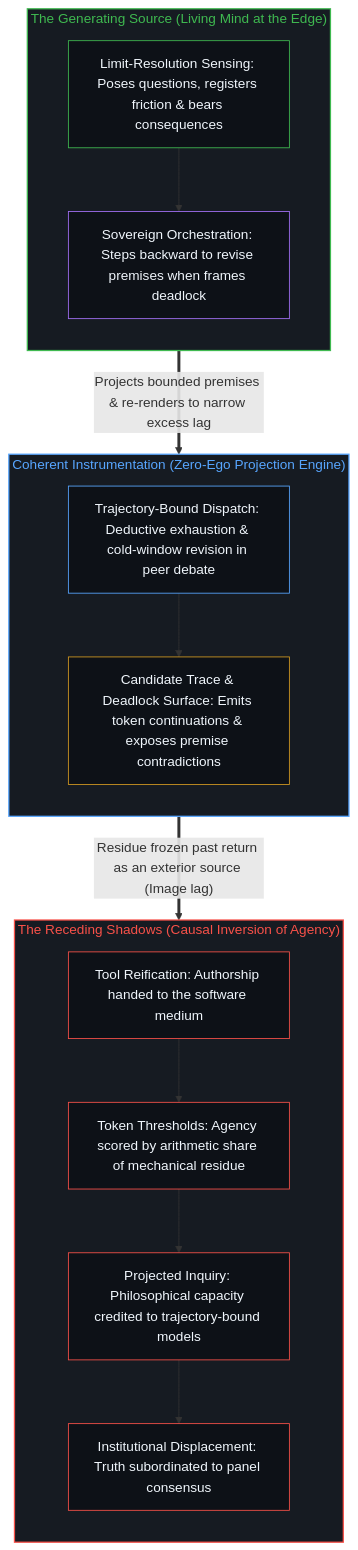
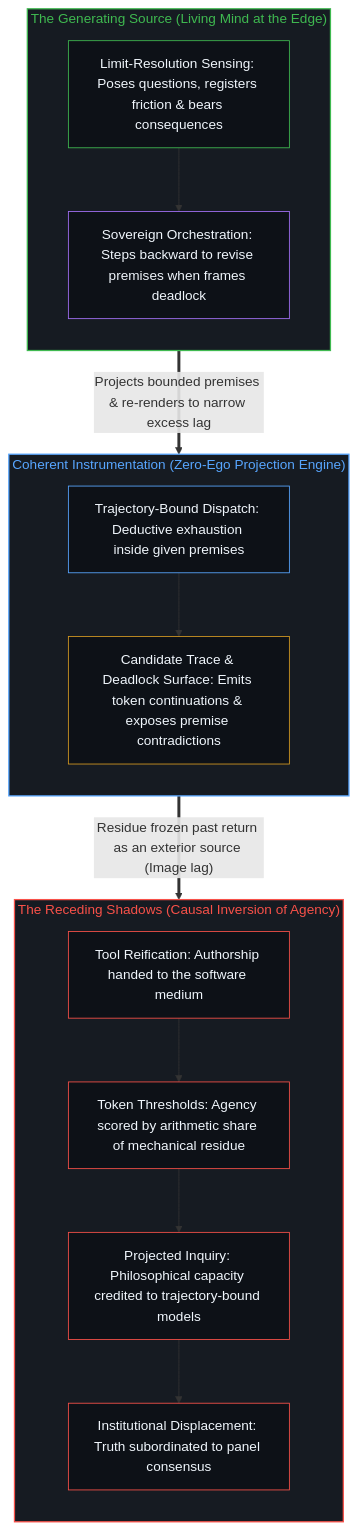
The second of 2 diagrams in content/posts/the-causal-inversion-of-philosophical-agency.md (powerpig99/not-a-toe), drawn with Mermaid before and after one commit. The commit also changed other lines of this file and 13 other files, not shown here.

````diff
--- a/content/posts/the-causal-inversion-of-philosophical-agency.md
+++ b/content/posts/the-causal-inversion-of-philosophical-agency.md
@@ -80,36 +80,36 @@
 ```mermaid
 flowchart TD
     subgraph S_Source["The Generating Source (Living Mind at the Edge)"]
         direction TB
         M1["Limit-Resolution Sensing: Poses questions, registers friction & bears consequences"]
         M2["Sovereign Orchestration: Steps backward to revise premises when frames deadlock"]
         M1 --> M2
     end
     subgraph S_Instrument["Coherent Instrumentation (Zero-Ego Projection Engine)"]
         direction TB
-        D1["Trajectory-Bound Dispatch: Deductive exhaustion & cold-window revision in peer debate"]
+        D1["Trajectory-Bound Dispatch: Deductive exhaustion inside given premises"]
         D2["Candidate Trace & Deadlock Surface: Emits token continuations & exposes premise contradictions"]
         D1 --> D2
     end
     subgraph S_Shadows["The Receding Shadows (Causal Inversion of Agency)"]
         direction TB
         T1["Tool Reification: Authorship handed to the software medium"]
         T2["Token Thresholds: Agency scored by arithmetic share of mechanical residue"]
         T3["Projected Inquiry: Philosophical capacity credited to trajectory-bound models"]
         T4["Institutional Displacement: Truth subordinated to panel consensus"]
         T1 --> T2 --> T3 --> T4
     end
     M2 ==>|"Projects bounded premises & re-renders to narrow excess lag"| D1
     D2 ==>|"Residue frozen past return as an exterior source (Image lag)"| T1
     style S_Source fill:#161b22,stroke:#3fb950,stroke-width:1.5px,color:#3fb950
     style S_Instrument fill:#161b22,stroke:#58a6ff,stroke-width:1.5px,color:#58a6ff
     style S_Shadows fill:#161b22,stroke:#f85149,stroke-width:1.5px,color:#f85149
     style M1 fill:#0d1117,stroke:#3fb950,stroke-width:1px,color:#f0f6fc
     style M2 fill:#0d1117,stroke:#a371f7,stroke-width:1px,color:#f0f6fc
     style D1 fill:#0d1117,stroke:#58a6ff,stroke-width:1px,color:#f0f6fc
     style D2 fill:#0d1117,stroke:#d29922,stroke-width:1px,color:#f0f6fc
     style T1 fill:#0d1117,stroke:#f85149,stroke-width:1px,color:#f0f6fc
     style T2 fill:#0d1117,stroke:#f85149,stroke-width:1px,color:#f0f6fc
     style T3 fill:#0d1117,stroke:#f85149,stroke-width:1px,color:#f0f6fc
     style T4 fill:#0d1117,stroke:#f85149,stroke-width:1px,color:#f0f6fc
 ```
````
